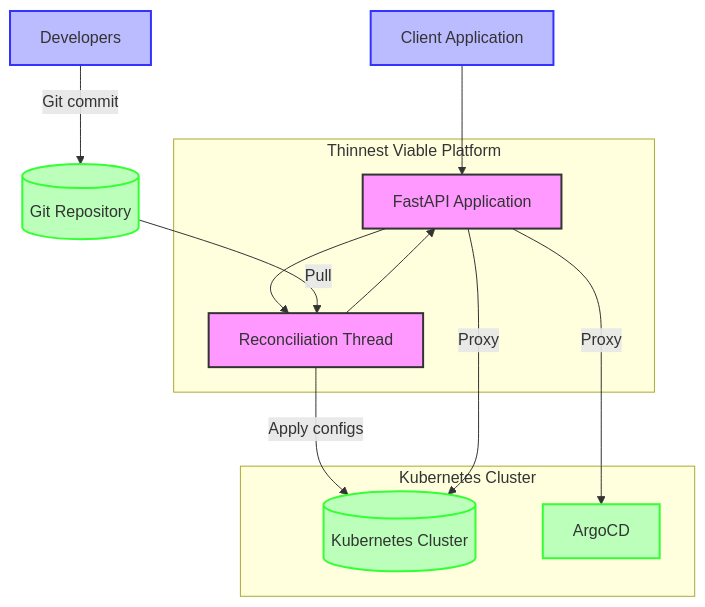
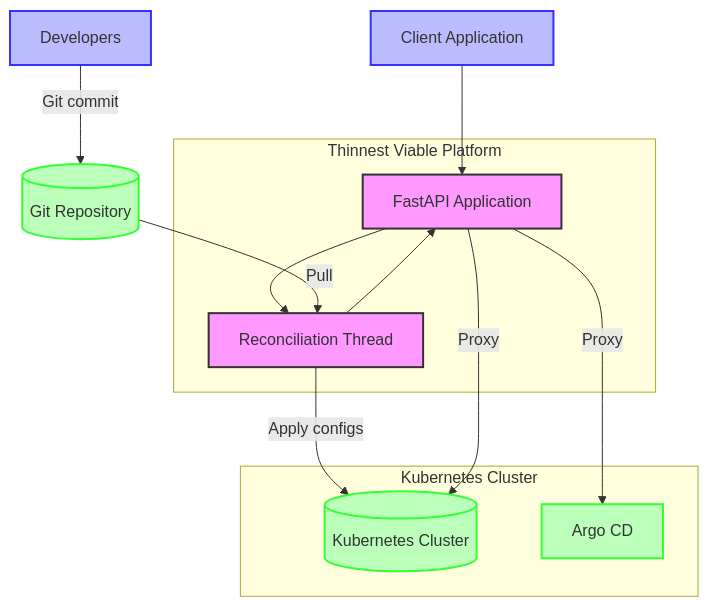
The seventh of 9 diagrams in README.md (lloydchang/tvp-k8s), drawn with Mermaid before and after one commit. The commit also changed other lines of this file and 5 other files, not shown here.

````diff
--- a/README.md
+++ b/README.md
@@ -345,32 +345,32 @@
 ```mermaid
 flowchart TB
     subgraph "Thinnest Viable Platform"
         API[FastAPI Application]
         RT[Reconciliation Thread]
         
         API --> RT
         RT --> API
     end
     
     Dev[Developers] -->|Git commit| GitRepo[(Git Repository)]
     GitRepo -->|Pull| RT
     RT -->|Apply configs| K8s[(Kubernetes Cluster)]
     
     subgraph "Kubernetes Cluster"
         K8s
-        ArgoCD
+        ArgoCD[Argo CD]
     end
     
     Client[Client Application] --> API
     API -->|Proxy| K8s
     API -->|Proxy| ArgoCD
     
     classDef platform fill:#f9f,stroke:#333,stroke-width:2px
     classDef external fill:#bfb,stroke:#3f3,stroke-width:2px
     classDef user fill:#bbf,stroke:#33f,stroke-width:2px
     
     class API,RT platform
     class K8s,ArgoCD,GitRepo external
     class Dev,Client user
 
 ```
````
